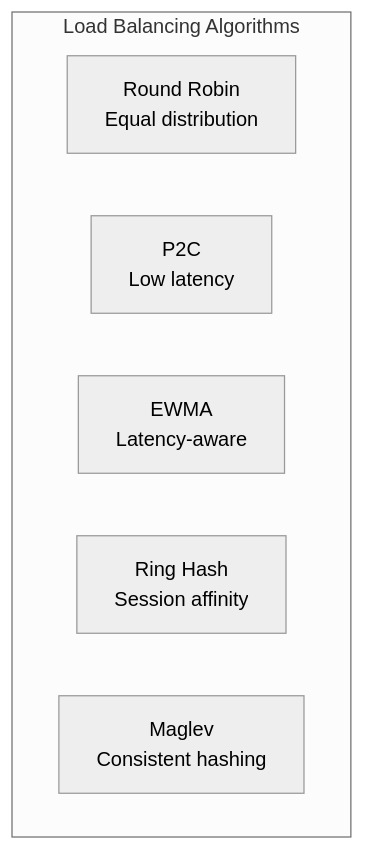
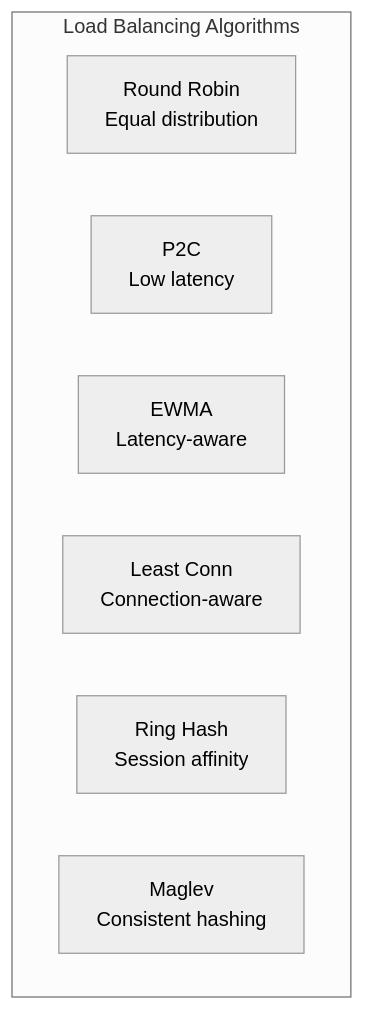
The first of 9 diagrams in docs/user-guide/load-balancing.md (azrtydxb/novaedge), drawn with Mermaid (neutral theme) before and after one commit. The commit also changed other lines of this file and 25 other files, not shown here.

````diff
--- a/docs/user-guide/load-balancing.md
+++ b/docs/user-guide/load-balancing.md
@@ -9,10 +9,11 @@
 ```mermaid
 flowchart TB
     subgraph Algorithms["Load Balancing Algorithms"]
         RR["Round Robin<br/>Equal distribution"]
         P2C["P2C<br/>Low latency"]
         EWMA["EWMA<br/>Latency-aware"]
+        LC["Least Conn<br/>Connection-aware"]
         RH["Ring Hash<br/>Session affinity"]
         MG["Maglev<br/>Consistent hashing"]
     end
 ```
````
